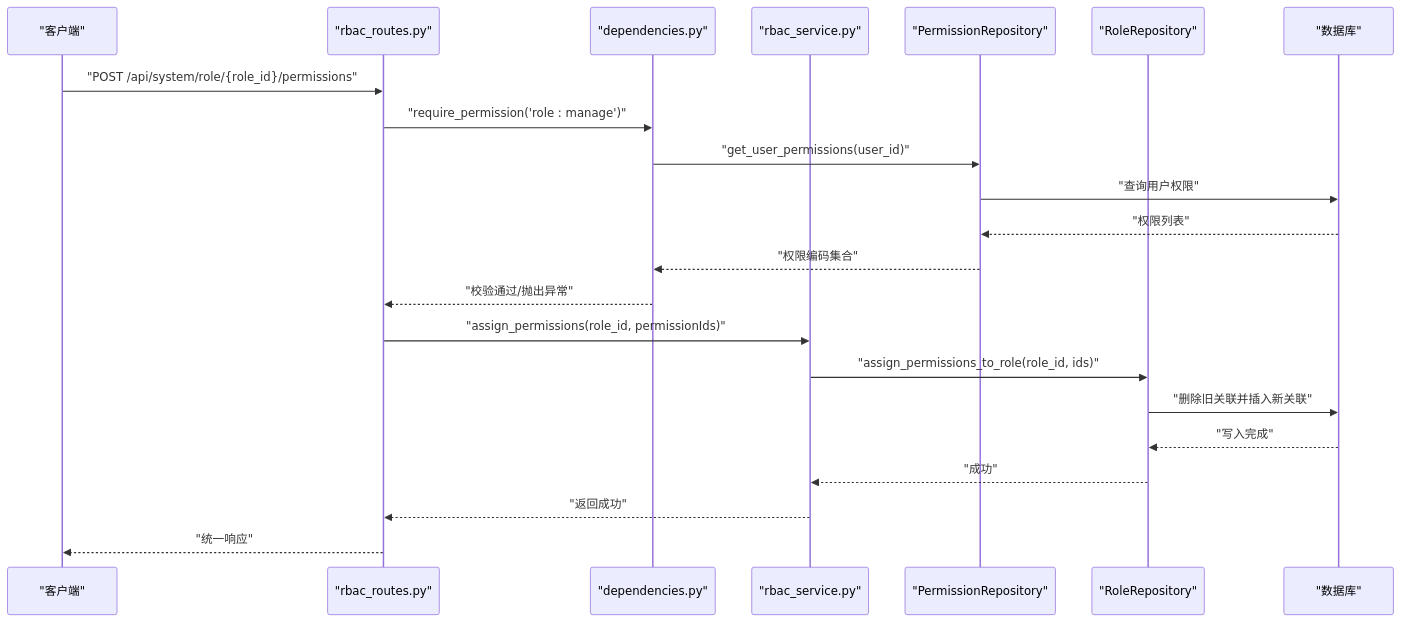
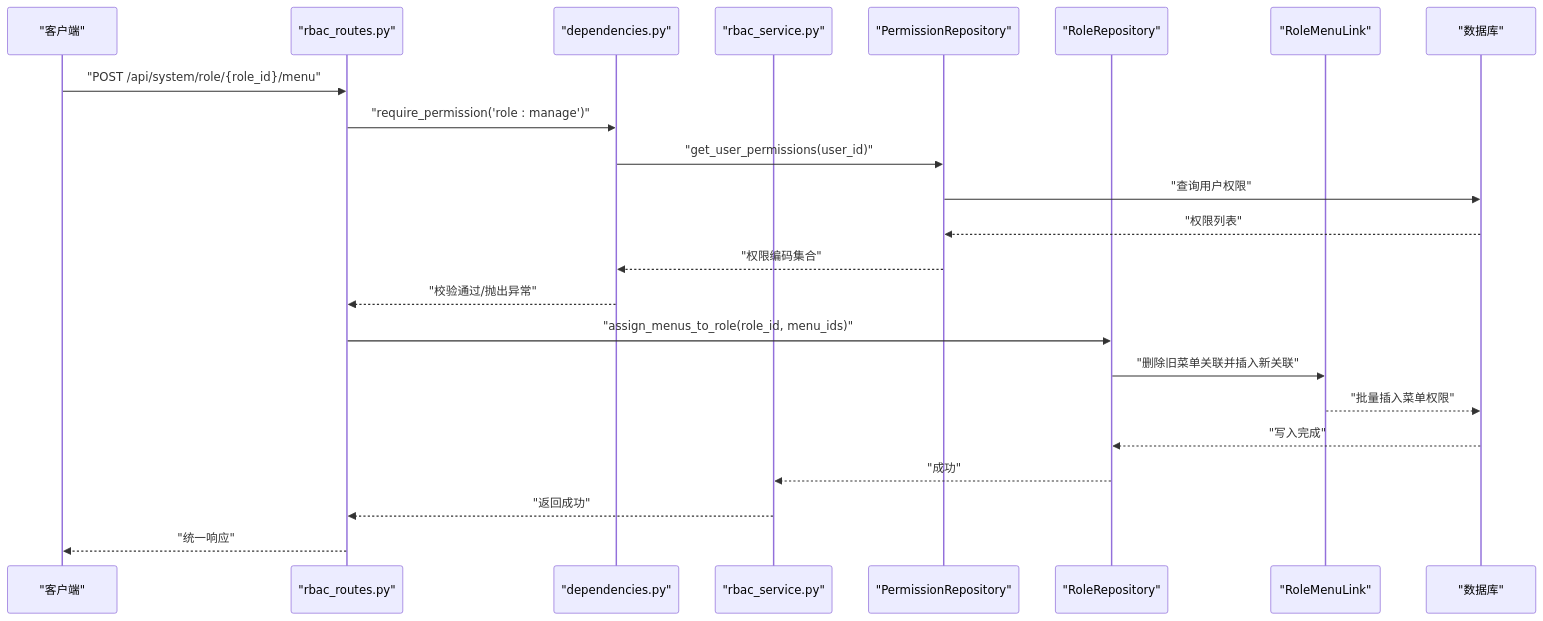
The second of 6 diagrams in .qoder/repowiki/zh/content/API 接口文档/RBAC 权限管理接口.md (taoweidong/Hello-FastApi), drawn with Mermaid before and after one commit. The commit also changed other lines of this file and 9 other files, not shown here.

````diff
--- a/.qoder/repowiki/zh/content/API 接口文档/RBAC 权限管理接口.md
+++ b/.qoder/repowiki/zh/content/API 接口文档/RBAC 权限管理接口.md
@@ -123,24 +147,25 @@
 ```mermaid
 sequenceDiagram
 participant C as "客户端"
 participant R as "rbac_routes.py"
 participant D as "dependencies.py"
 participant S as "rbac_service.py"
 participant P as "PermissionRepository"
 participant RL as "RoleRepository"
+participant RM as "RoleMenuLink"
 participant DB as "数据库"
-C->>R : "POST /api/system/role/{role_id}/permissions"
+C->>R : "POST /api/system/role/{role_id}/menu"
 R->>D : "require_permission('role : manage')"
 D->>P : "get_user_permissions(user_id)"
 P->>DB : "查询用户权限"
 DB-->>P : "权限列表"
 P-->>D : "权限编码集合"
 D-->>R : "校验通过/抛出异常"
-R->>S : "assign_permissions(role_id, permissionIds)"
-S->>RL : "assign_permissions_to_role(role_id, ids)"
-RL->>DB : "删除旧关联并插入新关联"
+R->>RL : "assign_menus_to_role(role_id, menu_ids)"
+RL->>RM : "删除旧菜单关联并插入新关联"
+RM-->>DB : "批量插入菜单权限"
 DB-->>RL : "写入完成"
 RL-->>S : "成功"
 S-->>R : "返回成功"
 R-->>C : "统一响应"
 ```
````
